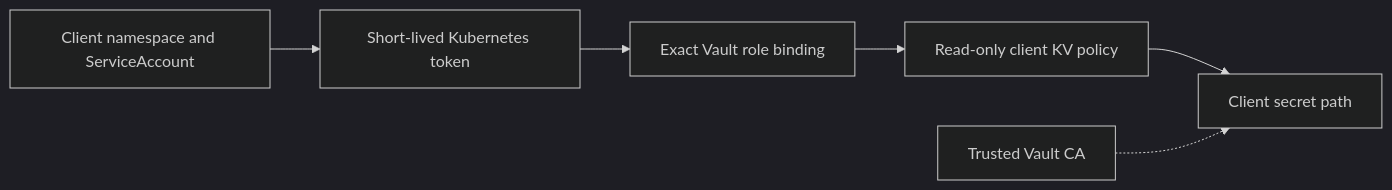
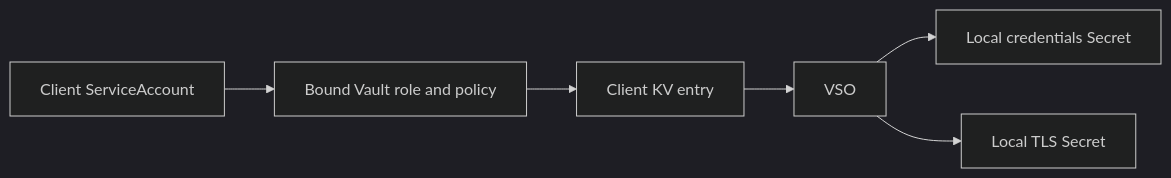
Before and after one commit to Blascker/SRE-CASE: the diagram in docs/vault.md, drawn with Mermaid (dark theme). The commit also changed other lines of this file and 4 other files, not shown here.

````diff
--- a/docs/vault.md
+++ b/docs/vault.md
@@ -7,8 +6,8 @@
 ```mermaid
 flowchart LR
-    SA["Client namespace and ServiceAccount"] --> Token["Short-lived Kubernetes token"]
-    Token --> Role["Exact Vault role binding"]
-    Role --> Policy["Read-only client KV policy"]
-    Policy --> KV["Client secret path"]
-    CA["Trusted Vault CA"] -.-> KV
+    Identity["Client ServiceAccount"] --> Role["Bound Vault role and policy"]
+    Role --> KV["Client KV entry"]
+    KV --> VSO["VSO"]
+    VSO --> Credentials["Local credentials Secret"]
+    VSO --> TLS["Local TLS Secret"]
 ```
````
